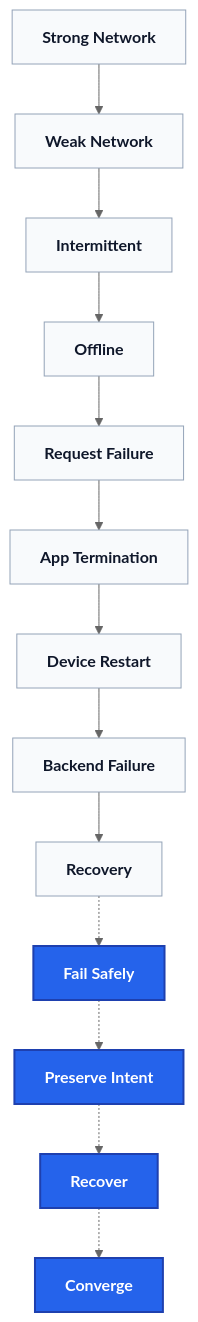
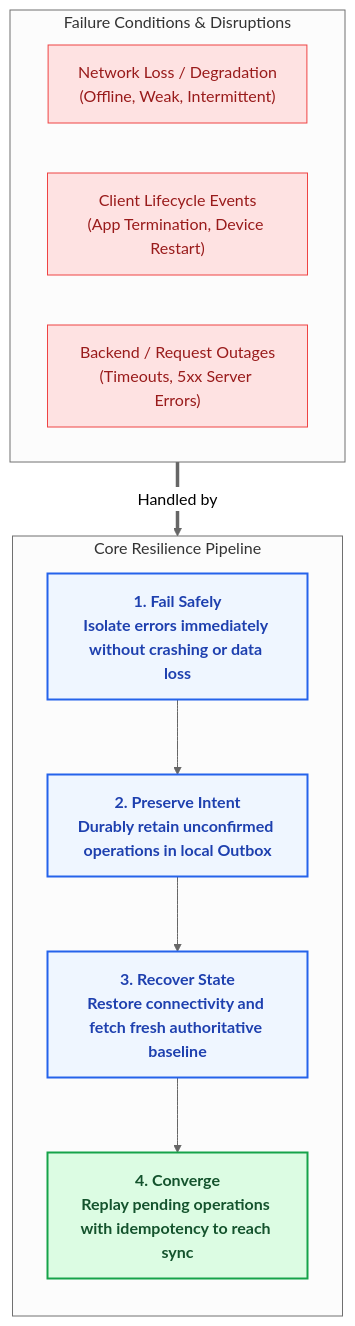
One commit to davidalbertstark-lab/Lenar changed the sixth of 6 diagrams in docs/architecture/08-Offline-Sync-Resilience.md. Above: the diagram before and after it, drawn with Mermaid (neutral theme). The commit also changed other lines of this file and 28 other files, not shown here.

Commit message:
docs: system-wide diagram redesign for first-instance comprehension

````diff
--- a/docs/architecture/08-Offline-Sync-Resilience.md
+++ b/docs/architecture/08-Offline-Sync-Resilience.md
@@ -277,37 +265,27 @@
 ```mermaid
 flowchart TD
-    classDef state fill:#f8fafc,stroke:#94a3b8,stroke-width:1px,color:#0f172a,font-weight:bold
-    classDef action fill:#2563eb,color:#fff,stroke:#1e40af,stroke-width:2px,font-weight:bold
+    classDef disruption fill:#fee2e2,stroke:#ef4444,stroke-width:1px,color:#991b1b
+    classDef principle fill:#eff6ff,stroke:#2563eb,stroke-width:2px,color:#1e40af,font-weight:bold
+    classDef goal fill:#dcfce3,stroke:#16a34a,stroke-width:2px,color:#14532d,font-weight:bold
 
-    SN[Strong Network]
-    WN[Weak Network]
-    IN[Intermittent]
-    OFF[Offline]
-    RF[Request Failure]
-    AT[App Termination]
-    DR[Device Restart]
-    BF[Backend Failure]
-    REC[Recovery]
+    subgraph Disruptions ["Failure Conditions & Disruptions"]
+        direction LR
+        D1["Network Loss / Degradation<br/>(Offline, Weak, Intermittent)"]:::disruption
+        D2["Client Lifecycle Events<br/>(App Termination, Device Restart)"]:::disruption
+        D3["Backend / Request Outages<br/>(Timeouts, 5xx Server Errors)"]:::disruption
+    end
 
-    FS[Fail Safely]
-    PI[Preserve Intent]
-    RC[Recover]
-    CV[Converge]
+    subgraph Pipeline ["Core Resilience Pipeline"]
+        direction TB
+        P1["1. Fail Safely<br/>Isolate errors immediately without crashing or data loss"]:::principle
+        P2["2. Preserve Intent<br/>Durably retain unconfirmed operations in local Outbox"]:::principle
+        P3["3. Recover State<br/>Restore connectivity and fetch fresh authoritative baseline"]:::principle
+        P4["4. Converge<br/>Replay pending operations with idempotency to reach sync"]:::goal
 
-    SN --> WN
-    WN --> IN
-    IN --> OFF
-    OFF --> RF
-    RF --> AT
-    AT --> DR
-    DR --> BF
-    BF --> REC
+        P1 --> P2
+        P2 --> P3
+        P3 --> P4
+    end
 
-    REC -.-> FS
-    FS -.-> PI
-    PI -.-> RC
-    RC -.-> CV
-
-    class SN,WN,IN,OFF,RF,AT,DR,BF,REC state;
-    class FS,PI,RC,CV action;
+    Disruptions ==>|Handled by| Pipeline
 ```
````
